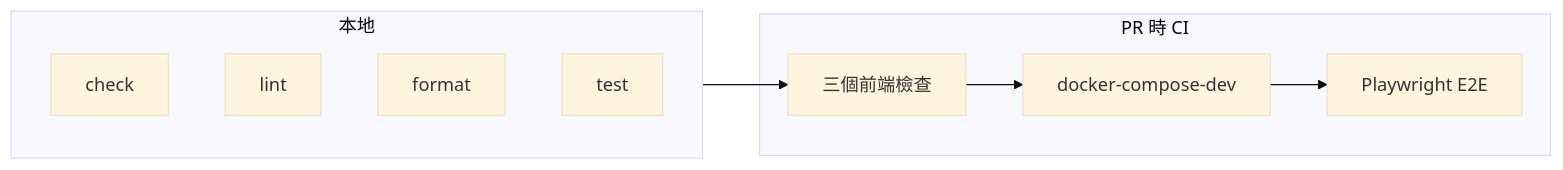
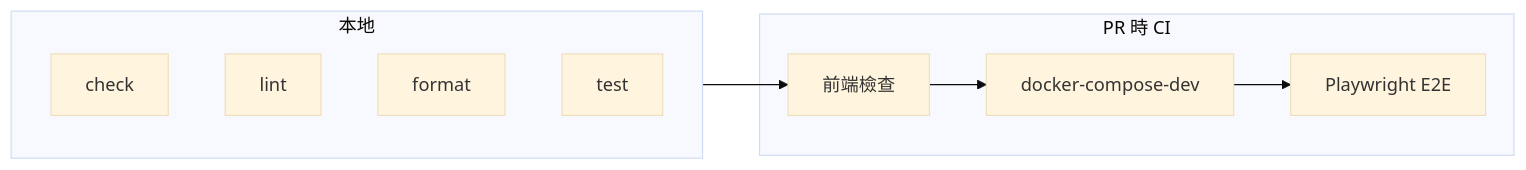
One commit to lilinoct18-coder/Gemini-Blog changed the diagram in docs/testing.md. Above: the diagram before and after it, drawn with Mermaid (base theme). The commit also changed other lines of this file and 4 other files, not shown here.

````diff
--- a/docs/testing.md
+++ b/docs/testing.md
@@ -21,17 +18,17 @@
 ```mermaid
 flowchart LR
   subgraph local [本地]
     A[check]
     B[lint]
     C[format]
     D[test]
   end
   subgraph ci [PR 時 CI]
-    E[三個前端檢查]
+    E[前端檢查]
     F[docker-compose-dev]
     G[Playwright E2E]
   end
   local --> E
   E --> F
   F --> G
 ```
````
